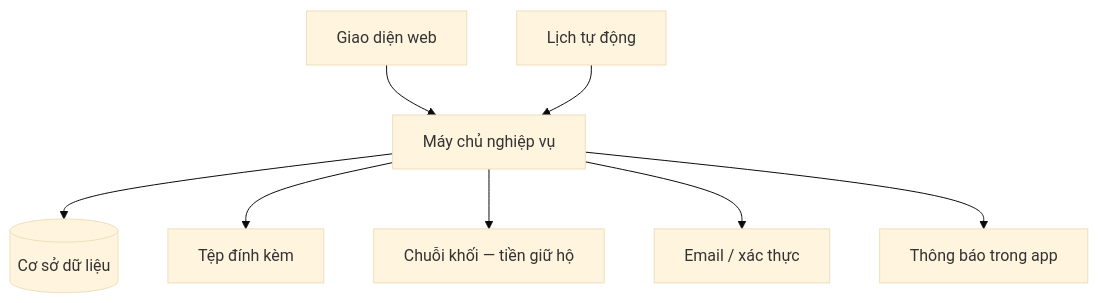
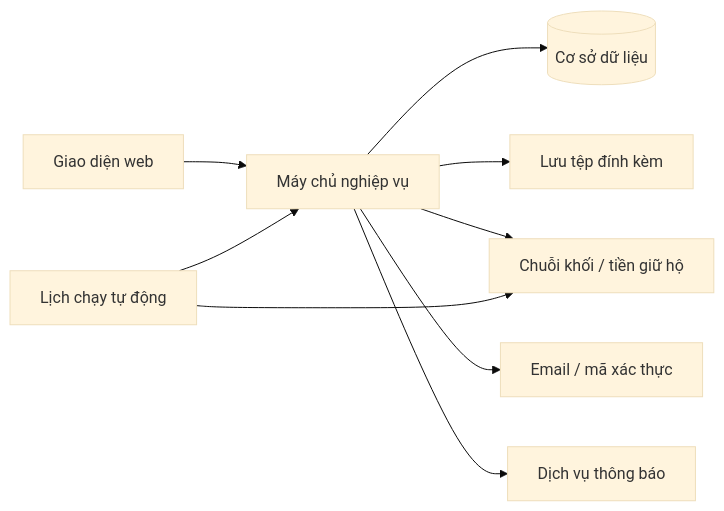
Before and after one commit to dmt041104111003/docs-nckh: the second of 4 diagrams in system.md, drawn with Mermaid (base theme). The commit also changed other lines of this file and 7 other files, not shown here.

````diff
--- a/system.md
+++ b/system.md
@@ -36,11 +44,11 @@
 ```mermaid
-%%{init: {"flowchart": {"curve": "linear", "padding": 10, "rankSpacing": 44}}%%
-flowchart TB
-  Web[Giao diện web] --> MayPhucVu[Máy chủ nghiệp vụ]
-  Hen[Lịch tự động] --> MayPhucVu
-  MayPhucVu --> DB[(Cơ sở dữ liệu)]
-  MayPhucVu --> File[Tệp đính kèm]
-  MayPhucVu --> Chain[Chuỗi khối — tiền giữ hộ]
-  MayPhucVu --> Mail[Email / xác thực]
-  MayPhucVu --> TB[Thông báo trong app]
+flowchart LR
+  Web[Giao diện web] --> API[Máy chủ nghiệp vụ]
+  API --> DB[(Cơ sở dữ liệu)]
+  API --> File[Lưu tệp đính kèm]
+  API --> Chain[Chuỗi khối / tiền giữ hộ]
+  API --> Mail[Email / mã xác thực]
+  API --> TB[Dịch vụ thông báo]
+  Hen[Lịch chạy tự động] --> API
+  Hen --> Chain
 ```
````
